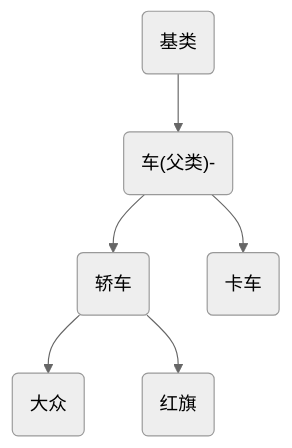
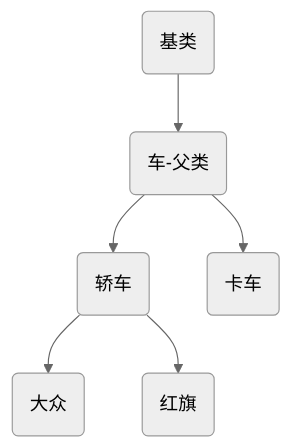
Before and after one commit to zhushiyu1216/Objective-C: the diagram in chapter6/readme.md, drawn with Mermaid (neutral theme).

````diff
--- a/chapter6/readme.md
+++ b/chapter6/readme.md
@@ -12,8 +12,8 @@
 ``` mermaid
     graph TB
-    A(基类) -->B("车(父类)-")
+    A(基类) -->B(车-父类)
     B --> C(轿车)
     B --> D(卡车)
     C --> E(大众)
     C --> F(红旗)
 ```
````
